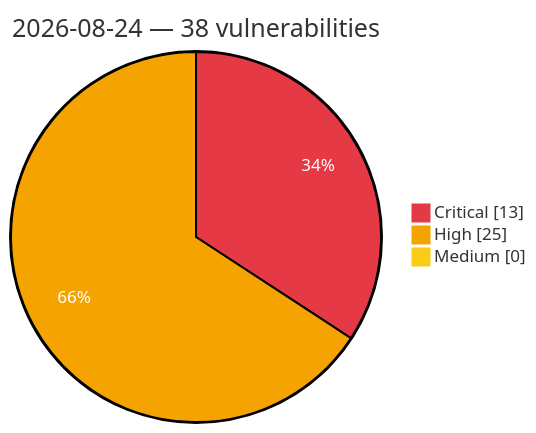
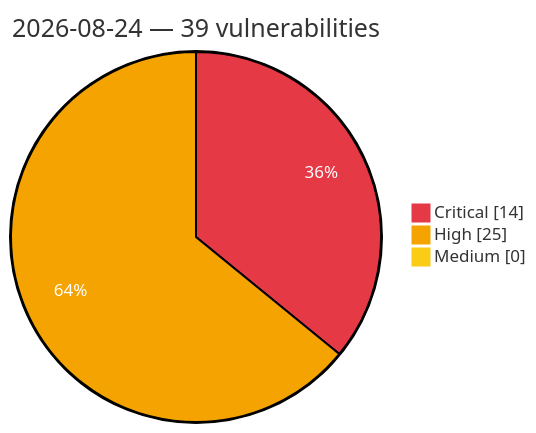
One commit to GhostX0X/vuln-tracker changed the diagram in vulnerabilities/2026/August/2026-08-24.md. Above: the diagram before and after it, drawn with Mermaid. The commit also changed other lines of this file and 5 other files, not shown here.

````diff
--- a/vulnerabilities/2026/August/2026-08-24.md
+++ b/vulnerabilities/2026/August/2026-08-24.md
@@ -3,8 +3,8 @@
 ```mermaid
 %%{init: {'theme':'base', 'themeVariables': {'pie1':'#e63946', 'pie2':'#f4a300', 'pie3':'#facc15', 'pieOpacity':'1', 'pieOuterStrokeWidth':'2px', 'pieSectionTextColor':'#ffffff'}}}%%
 pie showData
-    title 2026-08-24 — 38 vulnerabilities
-    "Critical" : 13
+    title 2026-08-24 — 39 vulnerabilities
+    "Critical" : 14
     "High" : 25
     "Medium" : 0
 ```
````
